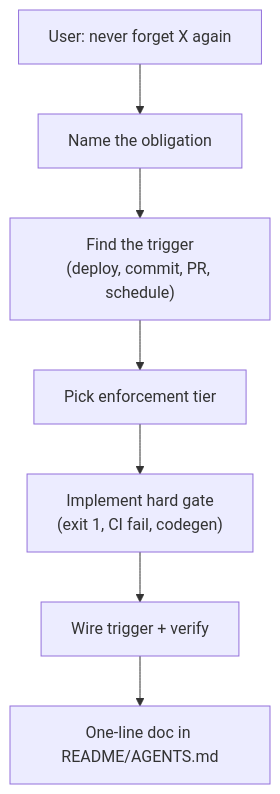
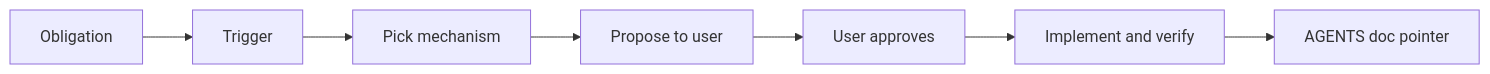
The diagram in src/content/articles/agents/dont-forget-obligation-as-automation.mdx (farukzahra/blog), drawn with Mermaid before and after one commit. The commit also changed other lines of this file and 6 other files, not shown here.

First line of the commit message:
feat(article): rewrite dont-forget and add mermaid verify gate

````diff
--- a/src/content/articles/agents/dont-forget-obligation-as-automation.mdx
+++ b/src/content/articles/agents/dont-forget-obligation-as-automation.mdx
@@ -39,9 +39,9 @@
 ```mermaid
-flowchart TB
-  A["User: never forget X again"] --> B["Name the obligation"]
-  B --> C["Find the trigger\n(deploy, commit, PR, schedule)"]
-  C --> D["Pick enforcement tier"]
-  D --> E["Implement hard gate\n(exit 1, CI fail, codegen)"]
-  E --> F["Wire trigger + verify"]
-  F --> G["One-line doc in README/AGENTS.md"]
+flowchart LR
+  A[Obligation] --> B[Trigger]
+  B --> C[Pick mechanism]
+  C --> D[Propose to user]
+  D --> E[User approves]
+  E --> F[Implement and verify]
+  F --> G[AGENTS doc pointer]
 ```
````
